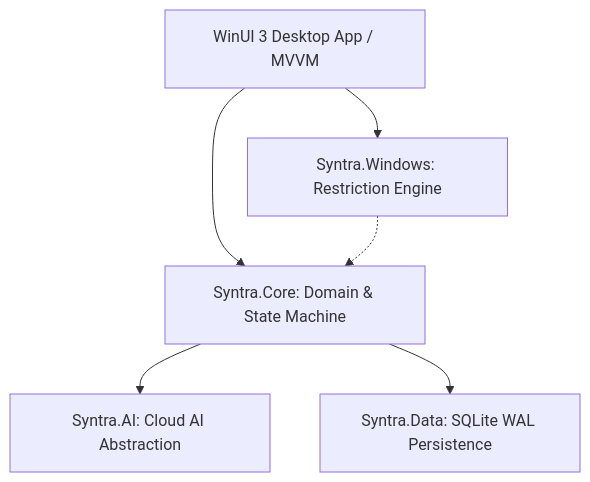
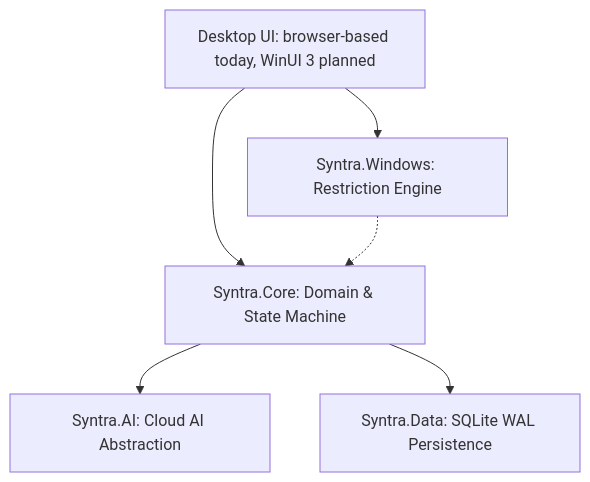
Before and after one commit to Scrooge-777/syntra: the first of 2 diagrams in README.md, drawn with Mermaid. The commit also changed other lines of this file and 5 other files, not shown here.

````diff
--- a/README.md
+++ b/README.md
@@ -29,8 +38,8 @@
 ```mermaid
 graph TD
-    UI[WinUI 3 Desktop App / MVVM] --> Core[Syntra.Core: Domain & State Machine]
+    UI[Desktop UI: browser-based today, WinUI 3 planned] --> Core[Syntra.Core: Domain & State Machine]
     UI --> Windows[Syntra.Windows: Restriction Engine]
     Core --> AI[Syntra.AI: Cloud AI Abstraction]
     Core --> Data[Syntra.Data: SQLite WAL Persistence]
     Windows -.-> Core
 ```
````
